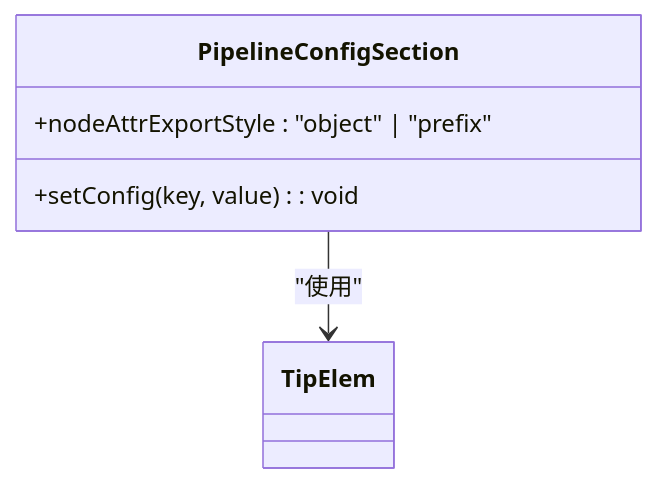
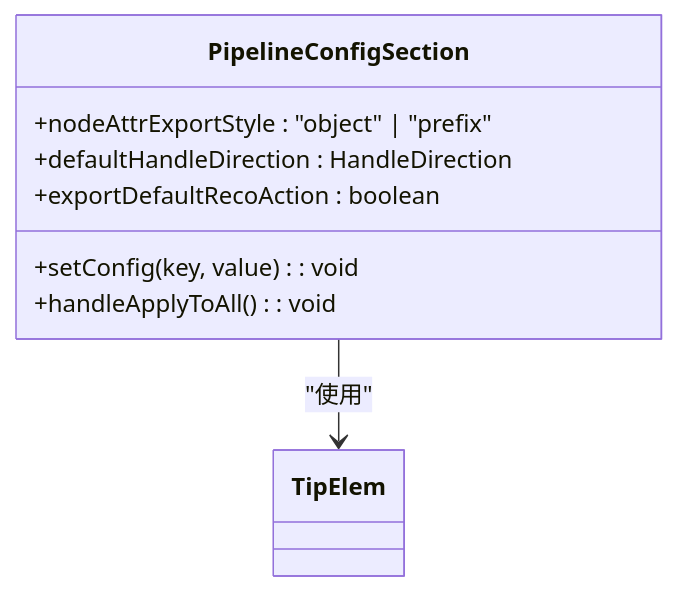
Before and after one commit to kqcoxn/MaaPipelineEditor: the third of 10 diagrams in .qoder/repowiki/zh/content/核心概念/配置面板.md, drawn with Mermaid. The commit also changed other lines of this file and 23 other files, not shown here.

````diff
--- a/.qoder/repowiki/zh/content/核心概念/配置面板.md
+++ b/.qoder/repowiki/zh/content/核心概念/配置面板.md
@@ -97,8 +108,11 @@
 ```mermaid
 classDiagram
 class PipelineConfigSection {
 +nodeAttrExportStyle : "object" | "prefix"
++defaultHandleDirection : HandleDirection
++exportDefaultRecoAction : boolean
 +setConfig(key, value) : void
++handleApplyToAll() : void
 }
 PipelineConfigSection --> TipElem : "使用"
 ```
````
